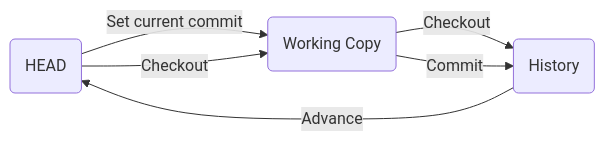
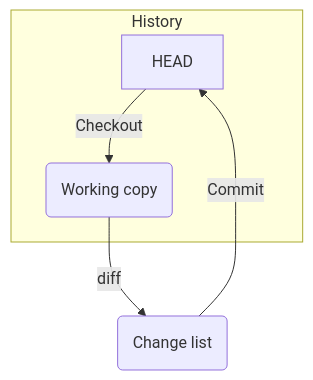
The diagram in source/diagrams/data-flow.mmd (sfb-135-nowa/version-control), drawn with Mermaid before and after one commit. The commit also changed 3 other files, not shown here.

Commit message:
Build: Drop DiagrammeR dependency in favor of own mermaid binding

```diff
--- a/source/diagrams/data-flow.mmd
+++ b/source/diagrams/data-flow.mmd
@@ -1,7 +1,6 @@
-graph LR
-a(History) -->|Set current commit| b(HEAD)
-b -->|Checkout| c(Working copy)
-
-a(HEAD) -->|Checkout| b(Working Copy)
-b -->|Commit| c(History)
-c -->|Advance| a
+graph TD
+subgraph History
+HEAD -->|Checkout| WC(Working copy)
+end
+WC -->|diff| CL(Change list)
+CL -->|Commit| HEAD
```
